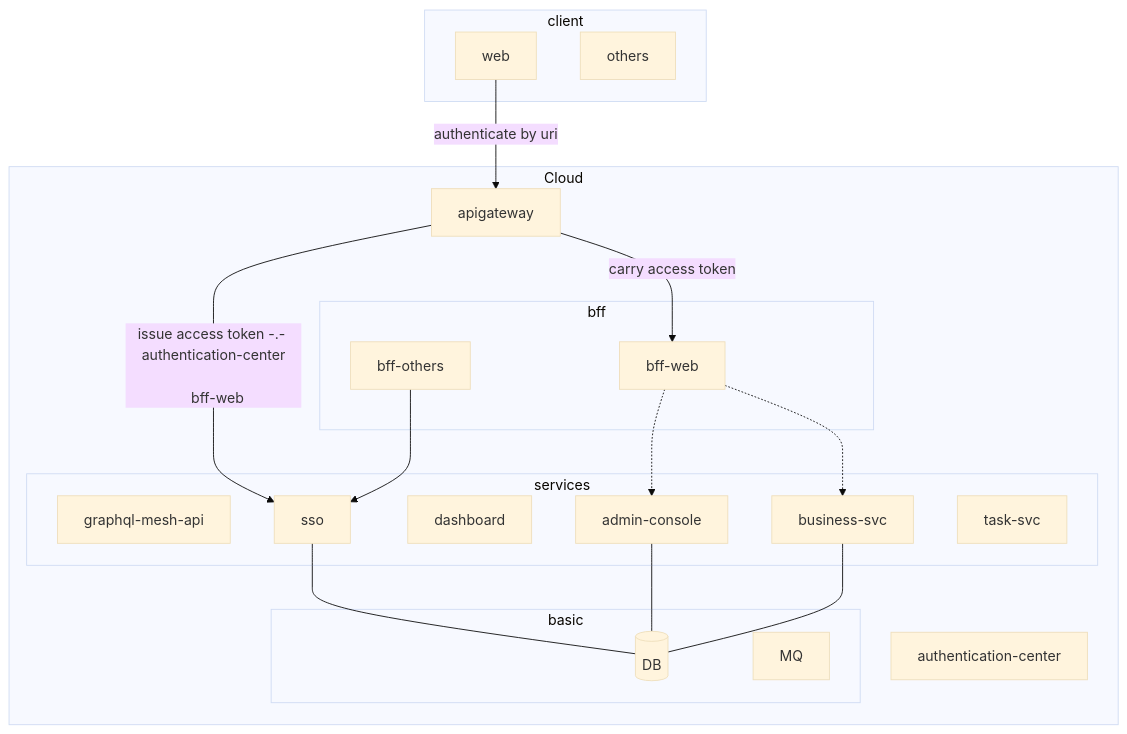
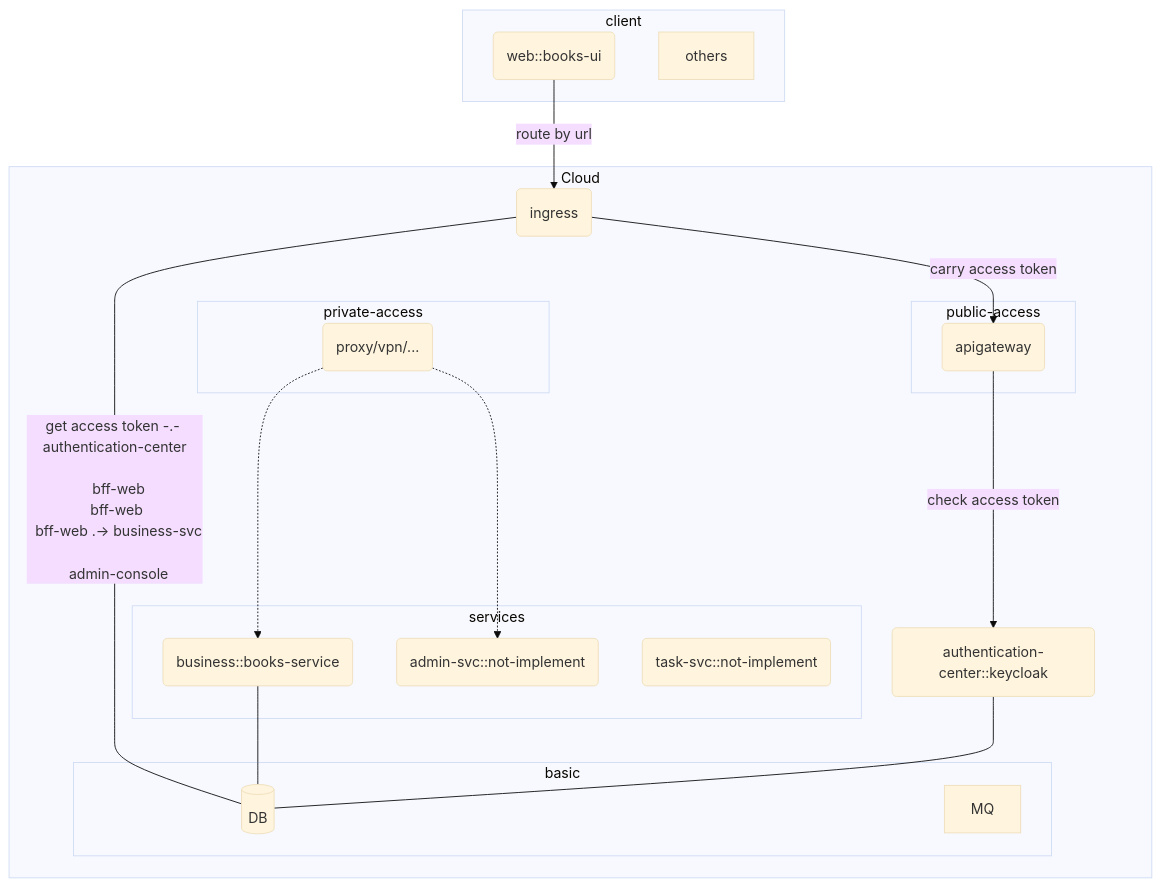
The diagram in README.md (lovepocky-home/solution-microservice-starter), drawn with Mermaid (base theme) before and after one commit. The commit also changed other lines of this file, not shown here.

````diff
--- a/README.md
+++ b/README.md
@@ -20,46 +22,50 @@
 ```mermaid
 graph TD
   subgraph client
-    web
+    web(web::books-ui)
     other-client[others]
   end
 
   subgraph Cloud
-    apigateway
-    authentication-center
+    apigateway(ingress)
+    authentication-center(authentication-center::keycloak)
 
-    subgraph bff
-      bff-web
-      bff-others
+    subgraph public-access
+      bff-web(apigateway)
     end
+
+    bff-web -- check access token --> authentication-center
+
+    subgraph private-access
+      proxy(proxy/vpn/...)
+    end
+
+    proxy -.-> business-svc
+    proxy -.-> admin-console
 
     %% services
     subgraph services
-      graphql-mesh-api
-      sso
-      dashboard
-      admin-console
-      business-svc
-      task-svc
+      admin-console(admin-svc::not-implement)
+      business-svc(business::books-service)
+      task-svc(task-svc::not-implement)
     end
 
     subgraph basic
       DB[(DB)]
       MQ
+      
     end
   end
 
-  web -- authenticate by uri --> apigateway -- carry access token --> bff-web
-  apigateway -- issue access token -.- authentication-center
+  web -- route by url --> apigateway -- carry access token --> bff-web
+  apigateway -- get access token -.- authentication-center
 
-  bff-web --> sso
-  bff-others --> sso
-  bff-web .-> admin-console
+  bff-web
+  bff-web 
   bff-web .-> business-svc
 
-  sso --- DB
   admin-console --- DB
   business-svc --- DB
- 
+  authentication-center --- DB
 
 ```
````
